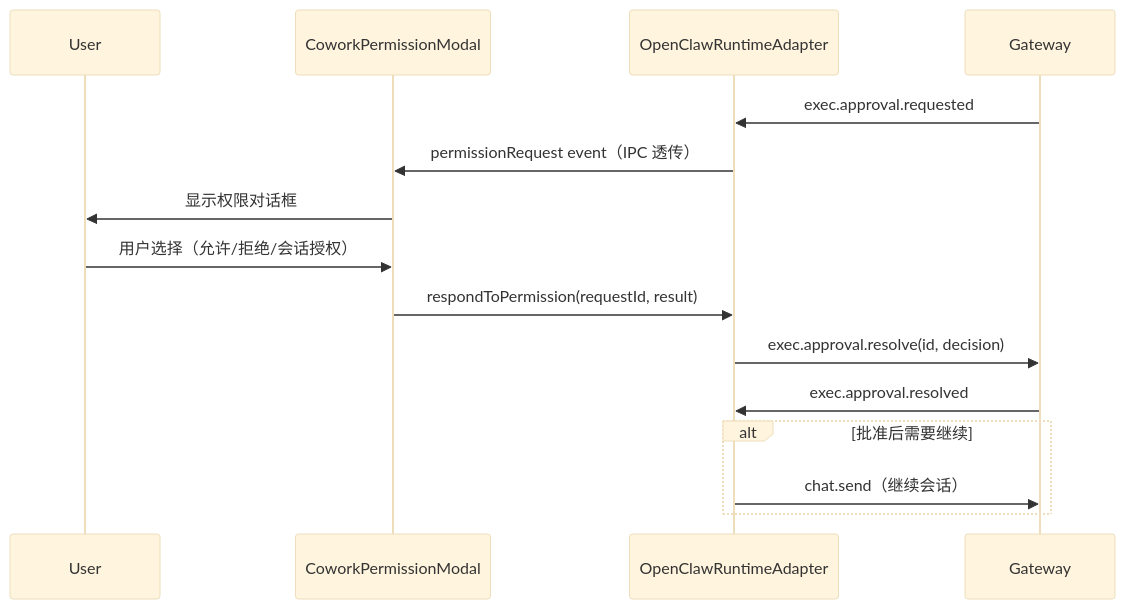
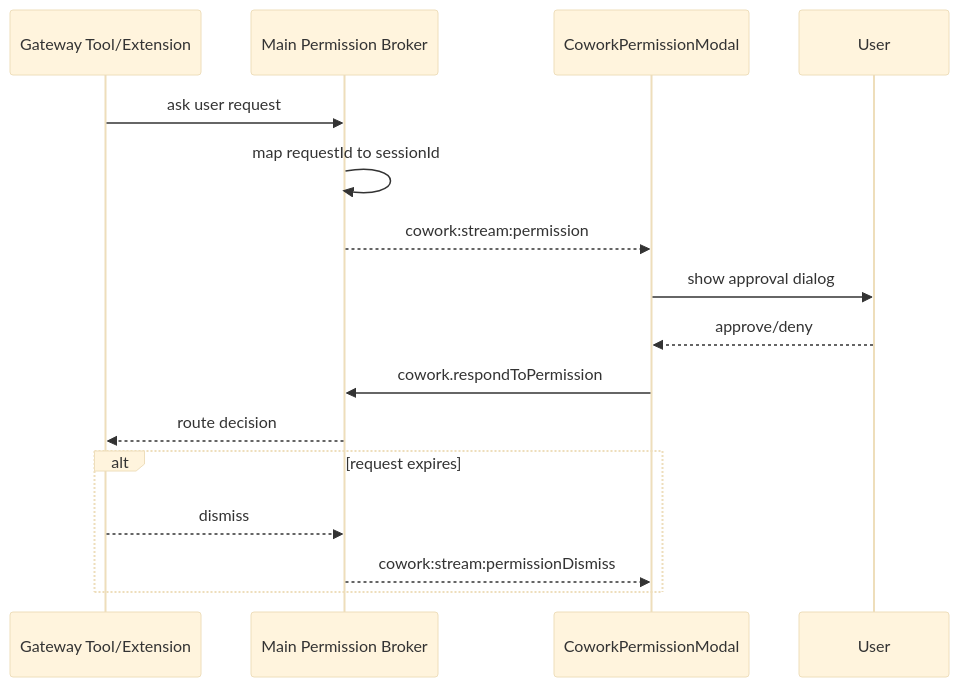
One commit to liangxhao/JustDo changed the third of 3 diagrams in docs/architecture/04-cowork-system.md. Above: the diagram before and after it, drawn with Mermaid (base theme). The commit also changed other lines of this file and 21 other files, not shown here.

````diff
--- a/docs/architecture/04-cowork-system.md
+++ b/docs/architecture/04-cowork-system.md
@@ -270,18 +157,19 @@
 ```mermaid
 sequenceDiagram
-  participant U as User
-  participant PM as CoworkPermissionModal
-  participant OA as OpenClawRuntimeAdapter
-  participant GW as Gateway
+  participant Tool as Gateway Tool/Extension
+  participant Main as Main Permission Broker
+  participant UI as CoworkPermissionModal
+  participant User
 
-  GW->>OA: exec.approval.requested
-  OA->>PM: permissionRequest event（IPC 透传）
-  PM->>U: 显示权限对话框
-  U->>PM: 用户选择（允许/拒绝/会话授权）
-  PM->>OA: respondToPermission(requestId, result)
-  OA->>GW: exec.approval.resolve(id, decision)
-  GW->>OA: exec.approval.resolved
-  alt 批准后需要继续
-    OA->>GW: chat.send（继续会话）
+  Tool->>Main: ask user request
+  Main->>Main: map requestId to sessionId
+  Main-->>UI: cowork:stream:permission
+  UI->>User: show approval dialog
+  User-->>UI: approve/deny
+  UI->>Main: cowork.respondToPermission
+  Main-->>Tool: route decision
+  alt request expires
+    Tool-->>Main: dismiss
+    Main-->>UI: cowork:stream:permissionDismiss
   end
 ```
````
